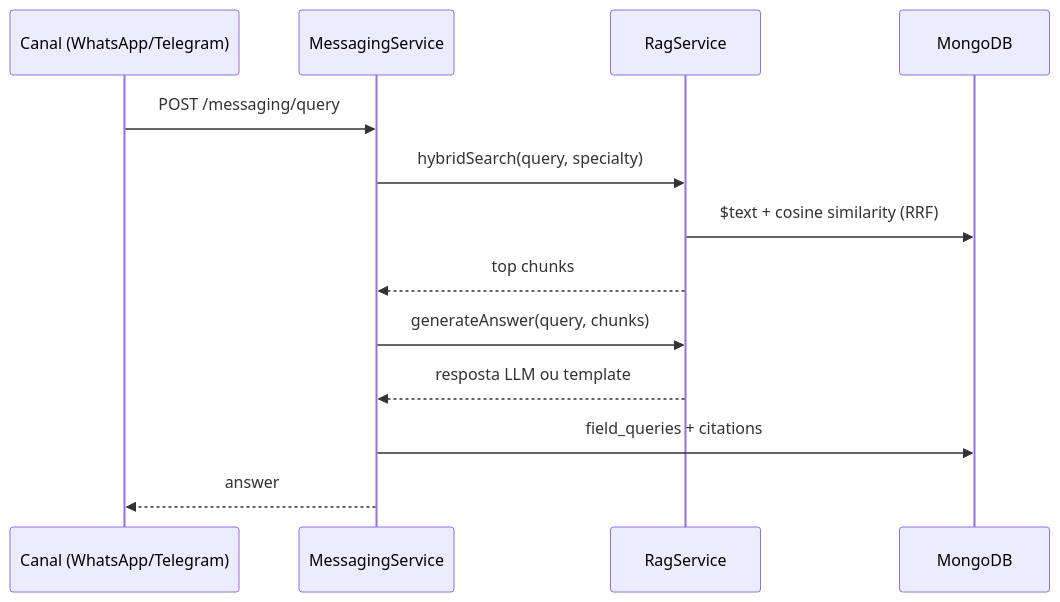
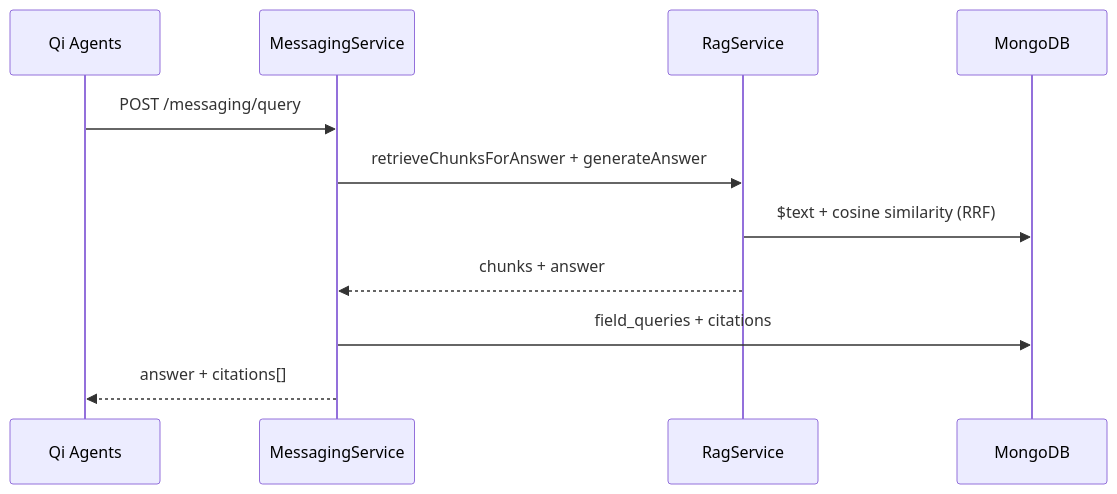
One commit to rflsc/qi-conhecimento changed the second of 2 diagrams in docs/architecture/messaging.md. Above: the diagram before and after it, drawn with Mermaid. The commit also changed other lines of this file and 10 other files, not shown here.

````diff
--- a/docs/architecture/messaging.md
+++ b/docs/architecture/messaging.md
@@ -9,16 +77,27 @@
 ```mermaid
+
 sequenceDiagram
-  participant C as Canal (WhatsApp/Telegram)
+
+  participant A as Qi Agents
+
   participant M as MessagingService
+
   participant R as RagService
+
   participant DB as MongoDB
 
-  C->>M: POST /messaging/query
-  M->>R: hybridSearch(query, specialty)
+
+
+  A->>M: POST /messaging/query
+
+  M->>R: retrieveChunksForAnswer + generateAnswer
+
   R->>DB: $text + cosine similarity (RRF)
-  R-->>M: top chunks
-  M->>R: generateAnswer(query, chunks)
-  R-->>M: resposta LLM ou template
+
+  R-->>M: chunks + answer
+
   M->>DB: field_queries + citations
-  M-->>C: answer
+
+  M-->>A: answer + citations[]
+
 ```
````
